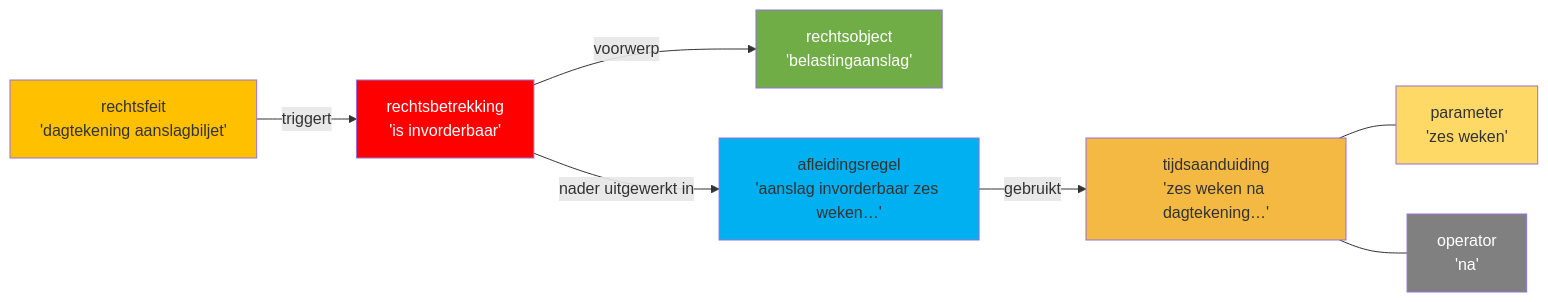
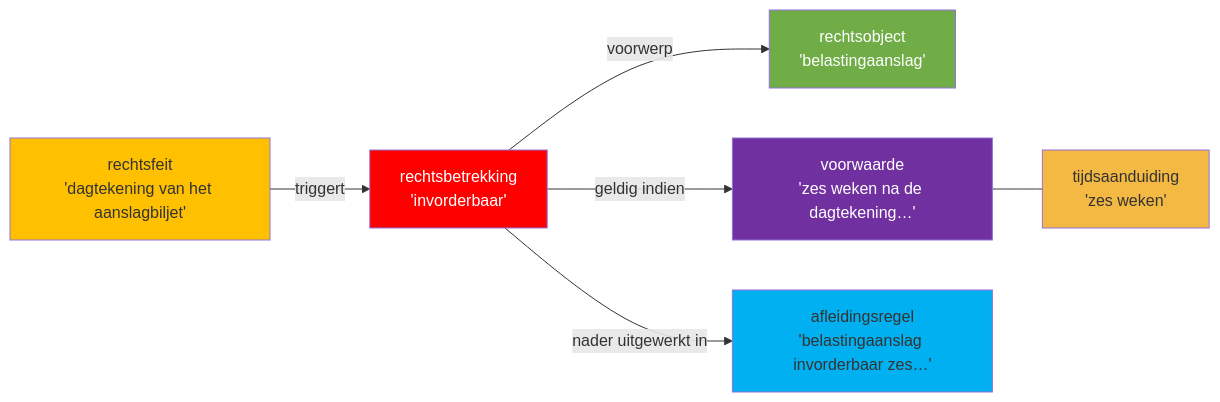
The diagram in annotaties/iw1990-art9.md (palmw01/juridische-analyses), drawn with Mermaid before and after one commit. The commit also changed other lines of this file and 9 other files, not shown here.

````diff
--- a/annotaties/iw1990-art9.md
+++ b/annotaties/iw1990-art9.md
@@ -74,25 +70,22 @@
 ```mermaid
 graph LR
-    RB["rechtsbetrekking<br/>'is invorderbaar'"]:::rb
+    RF["rechtsfeit<br/>'dagtekening van het aanslagbiljet'"]:::rf
+    RB["rechtsbetrekking<br/>'invorderbaar'"]:::rb
     RO["rechtsobject<br/>'belastingaanslag'"]:::ro
-    RF["rechtsfeit<br/>'dagtekening aanslagbiljet'"]:::rf
-    AR["afleidingsregel<br/>'aanslag invorderbaar zes weken…'"]:::ar
-    TA["tijdsaanduiding<br/>'zes weken na dagtekening…'"]:::ta
-    PA["parameter<br/>'zes weken'"]:::pa
-    OP["operator<br/>'na'"]:::op
+    VW["voorwaarde<br/>'zes weken na de dagtekening…'"]:::vw
+    TA["tijdsaanduiding<br/>'zes weken'"]:::ta
+    AR["afleidingsregel<br/>'belastingaanslag invorderbaar zes…'"]:::ar
 
+    RF -->|triggert| RB
     RB -->|voorwerp| RO
-    RF -->|triggert| RB
+    RB -->|geldig indien| VW
     RB -->|nader uitgewerkt in| AR
-    AR -->|gebruikt| TA
-    TA --- PA
-    TA --- OP
+    VW --- TA
 
     classDef rb fill:#FF0000,color:#fff
     classDef ro fill:#70AD47,color:#fff
     classDef rf fill:#FFC000
+    classDef vw fill:#7030A0,color:#fff
+    classDef ta fill:#F4B942
     classDef ar fill:#00B0F0
-    classDef ta fill:#F4B942
-    classDef pa fill:#FFD966
-    classDef op fill:#808080,color:#fff
 ```
````
